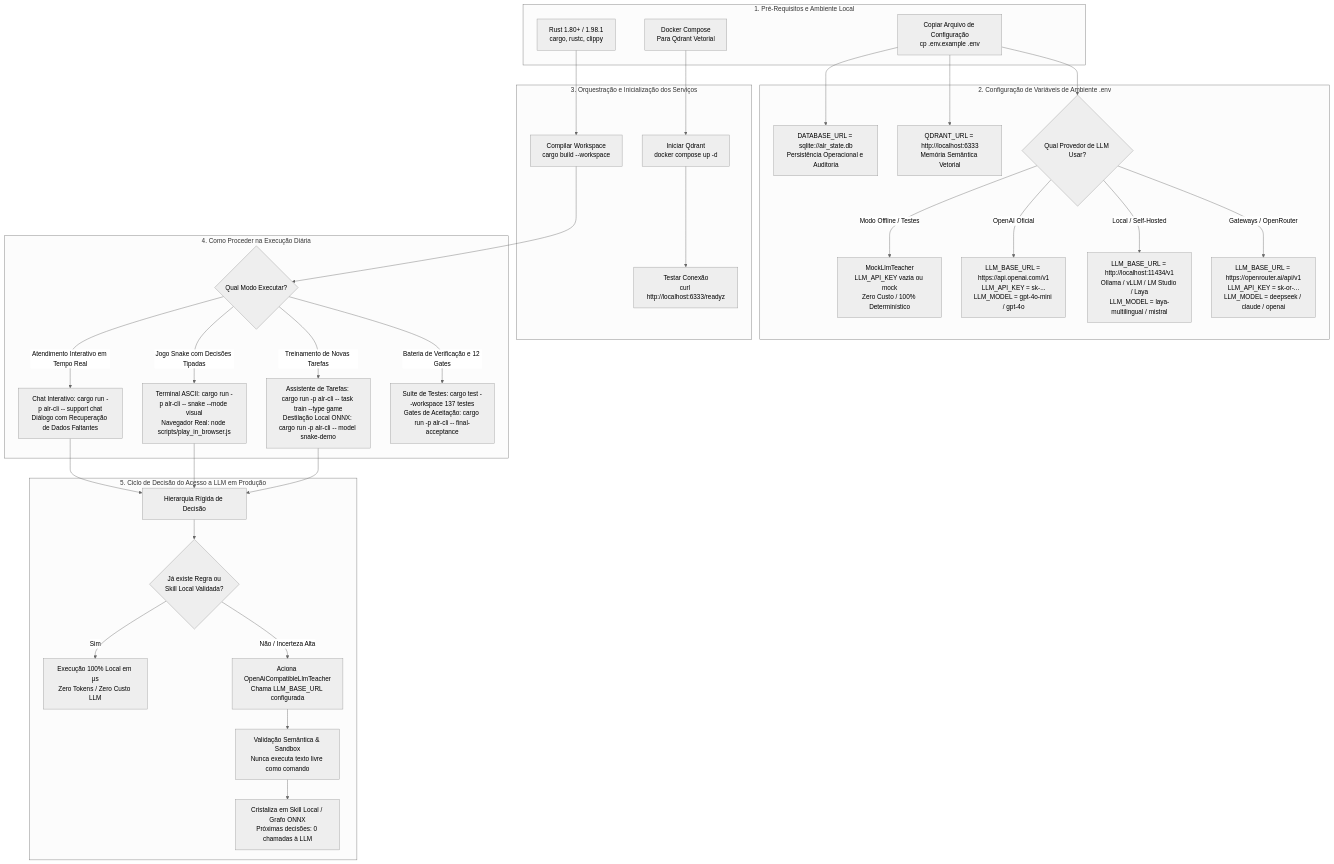
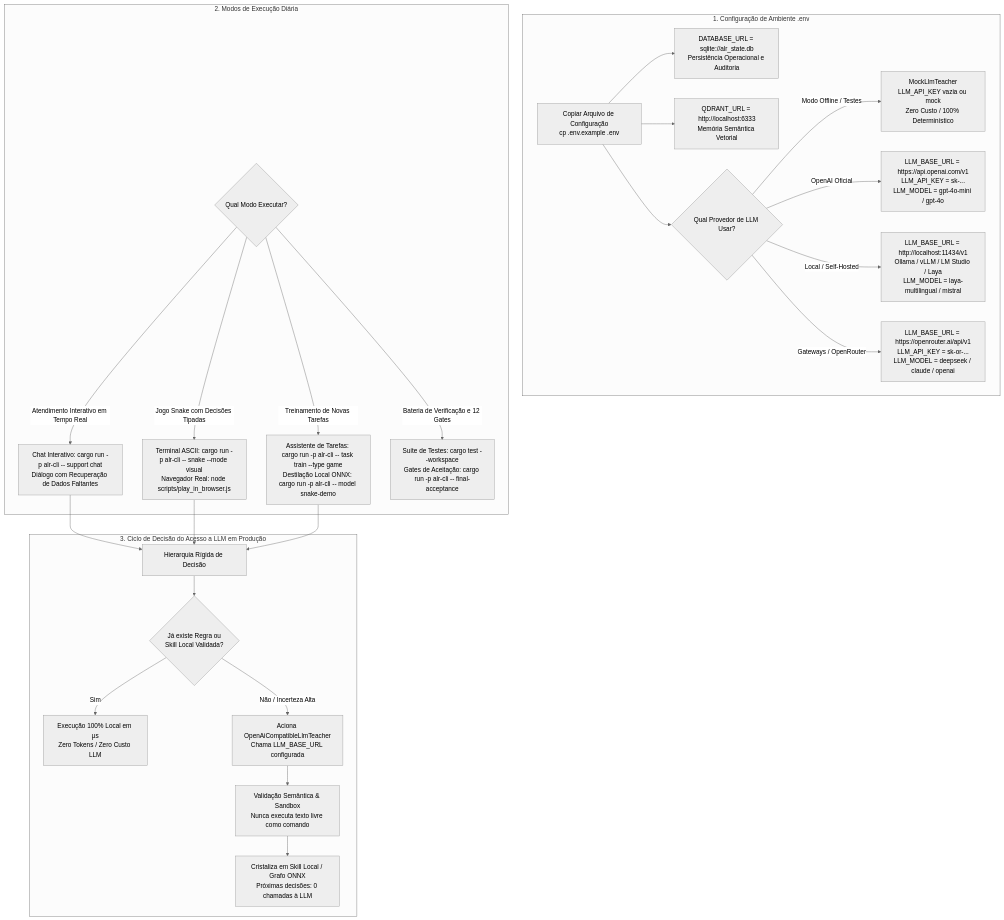
One commit to dilneiss/alr changed the third of 6 diagrams in README.md. Above: the diagram before and after it, drawn with Mermaid (neutral theme). The commit also changed other lines of this file and 1 other file, not shown here.

````diff
--- a/README.md
+++ b/README.md
@@ -937,42 +796,31 @@
 ```mermaid
 flowchart TD
-    subgraph P1 [1. Pré-Requisitos e Ambiente Local]
-        RustInstall[Rust 1.80+ / 1.98.1<br/>cargo, rustc, clippy]
-        DockerReq[Docker Compose<br/>Para Qdrant Vetorial]
+    subgraph P1 [1. Configuração de Ambiente .env]
         EnvCopy[Copiar Arquivo de Configuração<br/>cp .env.example .env]
-    end
-
-    subgraph P2 [2. Configuração de Variáveis de Ambiente .env]
         EnvCopy --> DBConf[DATABASE_URL = sqlite://alr_state.db<br/>Persistência Operacional e Auditoria]
         EnvCopy --> QdrantConf[QDRANT_URL = http://localhost:6333<br/>Memória Semântica Vetorial]
         EnvCopy --> LLMChoice{Qual Provedor de LLM Usar?}
-        
+
         LLMChoice -- Modo Offline / Testes --> MockLLM[MockLlmTeacher<br/>LLM_API_KEY vazia ou mock<br/>Zero Custo / 100% Determinístico]
         LLMChoice -- OpenAI Oficial --> OpenAIConf[LLM_BASE_URL = https://api.openai.com/v1<br/>LLM_API_KEY = sk-...<br/>LLM_MODEL = gpt-4o-mini / gpt-4o]
         LLMChoice -- Local / Self-Hosted --> LocalConf[LLM_BASE_URL = http://localhost:11434/v1<br/>Ollama / vLLM / LM Studio / Laya<br/>LLM_MODEL = laya-multilingual / mistral]
         LLMChoice -- Gateways / OpenRouter --> GatewayConf[LLM_BASE_URL = https://openrouter.ai/api/v1<br/>LLM_API_KEY = sk-or-...<br/>LLM_MODEL = deepseek / claude / openai]
     end
 
-    subgraph P3 [3. Orquestração e Inicialização dos Serviços]
-        DockerReq --> StartQdrant[Iniciar Qdrant<br/>docker compose up -d]
-        StartQdrant --> CheckQdrant[Testar Conexão<br/>curl http://localhost:6333/readyz]
-        RustInstall --> BuildALR[Compilar Workspace<br/>cargo build --workspace]
-    end
-
-    subgraph P4 [4. Como Proceder na Execução Diária]
-        BuildALR --> ExecModes{Qual Modo Executar?}
+    subgraph P2 [2. Modos de Execução Diária]
+        ExecModes{Qual Modo Executar?}
         ExecModes -- Jogo Snake com Decisões Tipadas --> RunSnake[Terminal ASCII: cargo run -p alr-cli -- snake --mode visual<br/>Navegador Real: node scripts/play_in_browser.js]
         ExecModes -- Atendimento Interativo em Tempo Real --> RunSupport[Chat Interativo: cargo run -p alr-cli -- support chat<br/>Diálogo com Recuperação de Dados Faltantes]
         ExecModes -- Treinamento de Novas Tarefas --> RunTrain[Assistente de Tarefas: cargo run -p alr-cli -- task train --type game<br/>Destilação Local ONNX: cargo run -p alr-cli -- model snake-demo]
-        ExecModes -- Bateria de Verificação e 12 Gates --> RunTest[Suíte de Testes: cargo test --workspace 137 testes<br/>Gates de Aceitação: cargo run -p alr-cli -- final-acceptance]
+        ExecModes -- Bateria de Verificação e 12 Gates --> RunTest[Suíte de Testes: cargo test --workspace<br/>Gates de Aceitação: cargo run -p alr-cli -- final-acceptance]
     end
 
-    subgraph P5 [5. Ciclo de Decisão do Acesso a LLM em Produção]
+    subgraph P3 [3. Ciclo de Decisão do Acesso a LLM em Produção]
         RunSupport & RunSnake & RunTrain --> DecisionEngine[Hierarquia Rígida de Decisão]
         DecisionEngine --> CheckKnowledge{Já existe Regra ou<br/>Skill Local Validada?}
         CheckKnowledge -- Sim --> LocalExec[Execução 100% Local em µs<br/>Zero Tokens / Zero Custo LLM]
         CheckKnowledge -- Não / Incerteza Alta --> CallLLM[Aciona OpenAiCompatibleLlmTeacher<br/>Chama LLM_BASE_URL configurada]
         CallLLM --> ValidateLlm[Validação Semântica & Sandbox<br/>Nunca executa texto livre como comando]
         ValidateLlm --> PromoteLocal[Cristaliza em Skill Local / Grafo ONNX<br/>Próximas decisões: 0 chamadas à LLM]
     end
 ```
````
